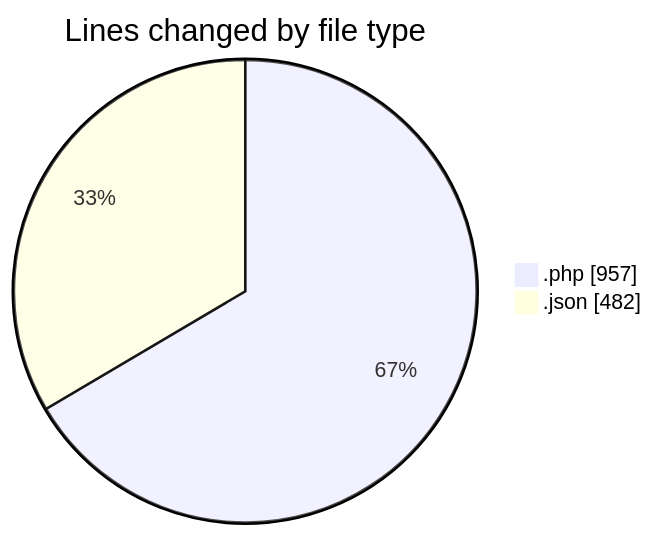
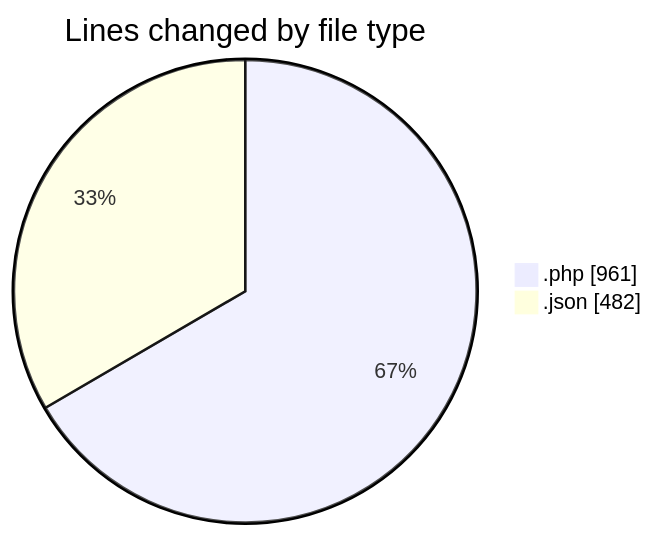
The first of 2 diagrams in 2025-03-28/autodidak/README.md (idhammustaqopulfikri/code-tracking), drawn with Mermaid before and after one commit. The commit also changed other lines of this file and 1 other file, not shown here.

````diff
--- a/2025-03-28/autodidak/README.md
+++ b/2025-03-28/autodidak/README.md
@@ -27,6 +27,6 @@
 ```mermaid
 pie showData
 title Lines changed by file type
-".php" : 957
+".php" : 961
 ".json" : 482
 ```
````
